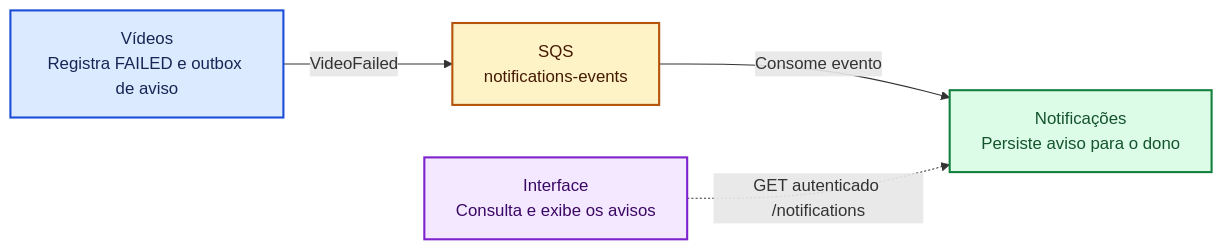
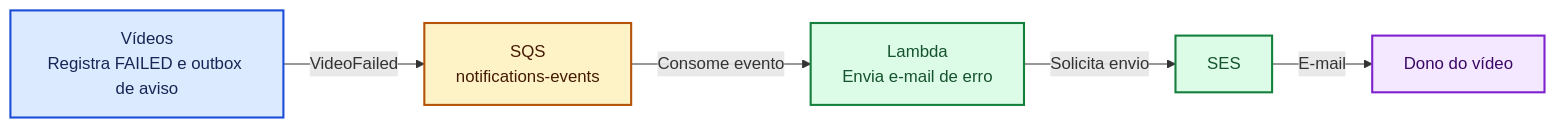
One commit to afarms/fiapx-infra changed the fourth of 7 diagrams in docs/architecture/diagrams.md. Above: the diagram before and after it, drawn with Mermaid. The commit also changed other lines of this file and 10 other files, not shown here.

````diff
--- a/docs/architecture/diagrams.md
+++ b/docs/architecture/diagrams.md
@@ -154,15 +156,16 @@
 ```mermaid
 flowchart LR
     V["Vídeos<br/>Registra FAILED e outbox de aviso"] -->|VideoFailed| QN["SQS<br/>notifications-events"]
-    QN -->|Consome evento| N["Notificações<br/>Persiste aviso para o dono"]
-    UI["Interface<br/>Consulta e exibe os avisos"] -.->|GET autenticado /notifications| N
+    QN -->|Consome evento| N["Lambda<br/>Envia e-mail de erro"]
+    N -->|Solicita envio| SES["SES"]
+    SES -->|E-mail| OWNER["Dono do vídeo"]
 
     classDef service fill:#DBEAFE,stroke:#1D4ED8,color:#172554,stroke-width:2px
     classDef queue fill:#FEF3C7,stroke:#B45309,color:#451A03,stroke-width:2px
     classDef result fill:#DCFCE7,stroke:#15803D,color:#14532D,stroke-width:2px
     classDef ui fill:#F3E8FF,stroke:#7E22CE,color:#3B0764,stroke-width:2px
     class V service
     class QN queue
-    class N result
-    class UI ui
+    class N,SES result
+    class OWNER ui
 ```
````
